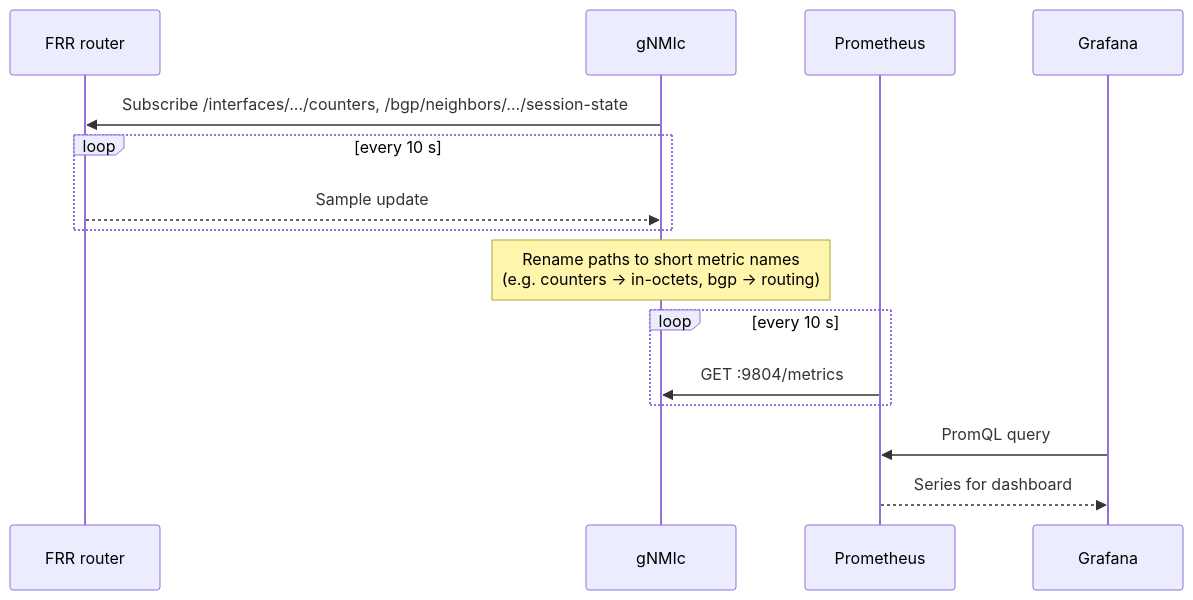
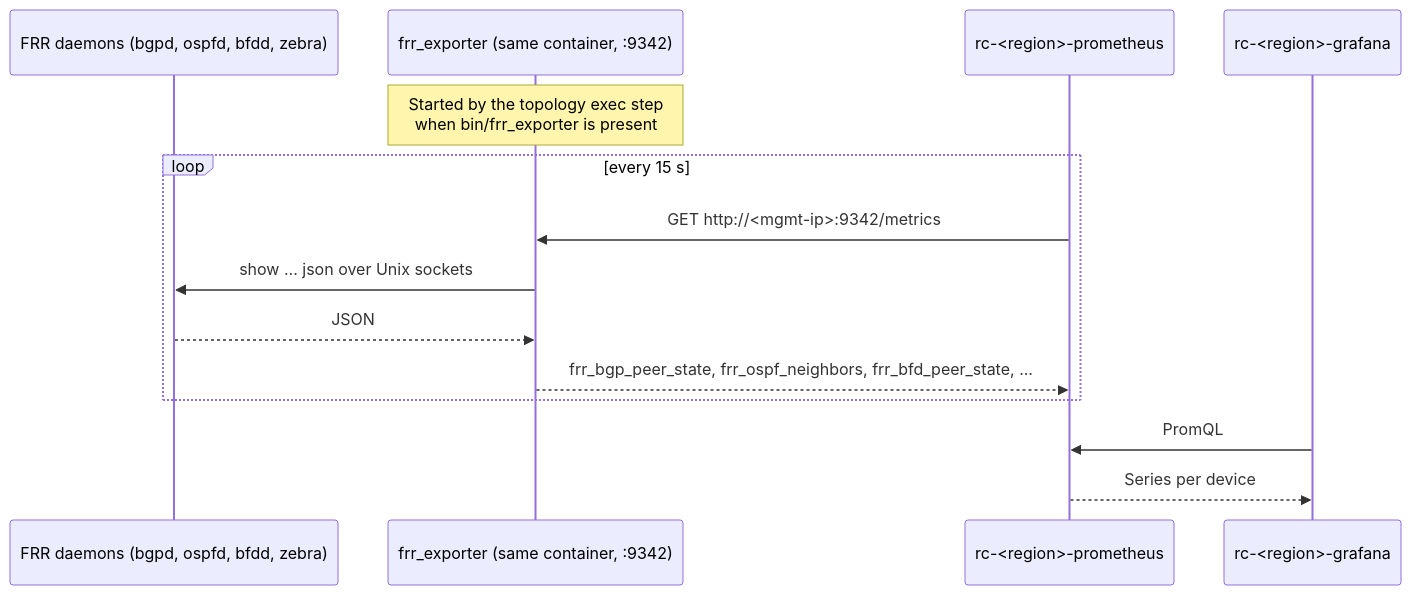
One commit to macrohard1970/ResilientCloud changed the second of 3 diagrams in docs/diagrams/monitoring-observability.md. Above: the diagram before and after it, drawn with Mermaid. The commit also changed other lines of this file and 12 other files, not shown here.

First line of the commit message:
docs: align all docs and diagrams with the fixed lab; add CHANGELOG

````diff
--- a/docs/diagrams/monitoring-observability.md
+++ b/docs/diagrams/monitoring-observability.md
@@ -61,18 +73,17 @@
 ```mermaid
 sequenceDiagram
-    participant R as FRR router
-    participant G as gNMIc
-    participant P as Prometheus
-    participant GF as Grafana
+    participant D as FRR daemons (bgpd, ospfd, bfdd, zebra)
+    participant X as frr_exporter (same container, :9342)
+    participant P as rc-<region>-prometheus
+    participant G as rc-<region>-grafana
 
-    G->>R: Subscribe /interfaces/.../counters, /bgp/neighbors/.../session-state
-    loop every 10 s
-        R-->>G: Sample update
+    Note over X: Started by the topology exec step<br/>when bin/frr_exporter is present
+    loop every 15 s
+        P->>X: GET http://<mgmt-ip>:9342/metrics
+        X->>D: show ... json over Unix sockets
+        D-->>X: JSON
+        X-->>P: frr_bgp_peer_state, frr_ospf_neighbors, frr_bfd_peer_state, ...
     end
-    Note over G: Rename paths to short metric names<br/>(e.g. counters → in-octets, bgp → routing)
-    loop every 10 s
-        P->>G: GET :9804/metrics
-    end
-    GF->>P: PromQL query
-    P-->>GF: Series for dashboard
+    G->>P: PromQL
+    P-->>G: Series per device
 ```
````
